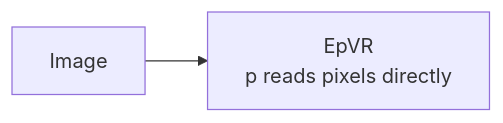
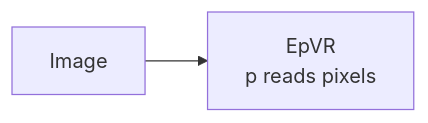
The seventh of 8 diagrams in workflow.md (mariogarcia-ar/docflow), drawn with Mermaid before and after one commit. The commit also changed other lines of this file, not shown here.

````diff
--- a/workflow.md
+++ b/workflow.md
@@ -185,4 +186,4 @@
 ```mermaid
 graph LR
-    A["Image"] --> B["EpVR<br/>p reads pixels directly"]
+    A["Image"] --> B["EpVR<br/>p reads pixels"]
 ```
````
